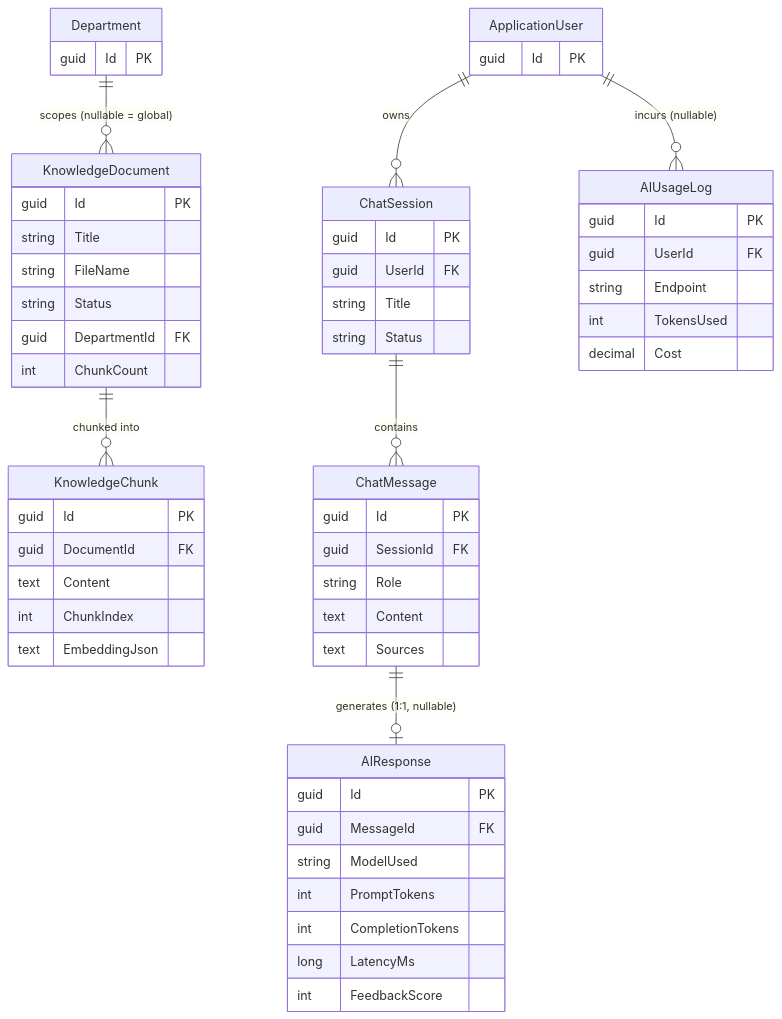
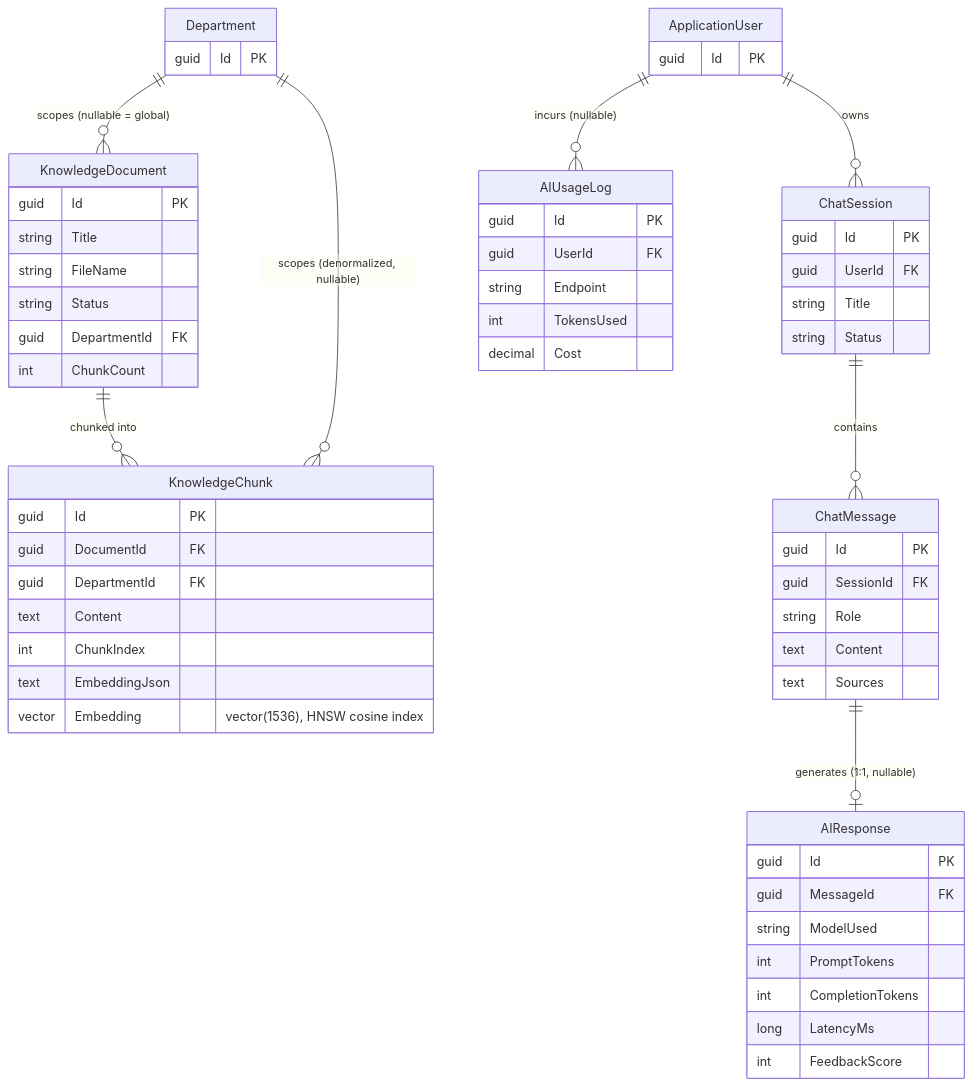
The fifth of 7 diagrams in README.md (mwyzer/portal-helpdesk), drawn with Mermaid before and after one commit. The commit also changed other lines of this file and 2 other files, not shown here.

````diff
--- a/README.md
+++ b/README.md
@@ -417,60 +422,63 @@
 ```mermaid
 erDiagram
     Department ||--o{ KnowledgeDocument : "scopes (nullable = global)"
     KnowledgeDocument ||--o{ KnowledgeChunk : "chunked into"
+    Department ||--o{ KnowledgeChunk : "scopes (denormalized, nullable)"
     ApplicationUser ||--o{ ChatSession : "owns"
     ChatSession ||--o{ ChatMessage : "contains"
     ChatMessage ||--o| AIResponse : "generates (1:1, nullable)"
     ApplicationUser ||--o{ AIUsageLog : "incurs (nullable)"
 
     KnowledgeDocument {
         guid Id PK
         string Title
         string FileName
         string Status
         guid DepartmentId FK
         int ChunkCount
     }
     KnowledgeChunk {
         guid Id PK
         guid DocumentId FK
+        guid DepartmentId FK
         text Content
         int ChunkIndex
         text EmbeddingJson
+        vector Embedding "vector(1536), HNSW cosine index"
     }
     ChatSession {
         guid Id PK
         guid UserId FK
         string Title
         string Status
     }
     ChatMessage {
         guid Id PK
         guid SessionId FK
         string Role
         text Content
         text Sources
     }
     AIResponse {
         guid Id PK
         guid MessageId FK
         string ModelUsed
         int PromptTokens
         int CompletionTokens
         long LatencyMs
         int FeedbackScore
     }
     AIUsageLog {
         guid Id PK
         guid UserId FK
         string Endpoint
         int TokensUsed
         decimal Cost
     }
     Department {
         guid Id PK
     }
     ApplicationUser {
         guid Id PK
     }
 ```
````
